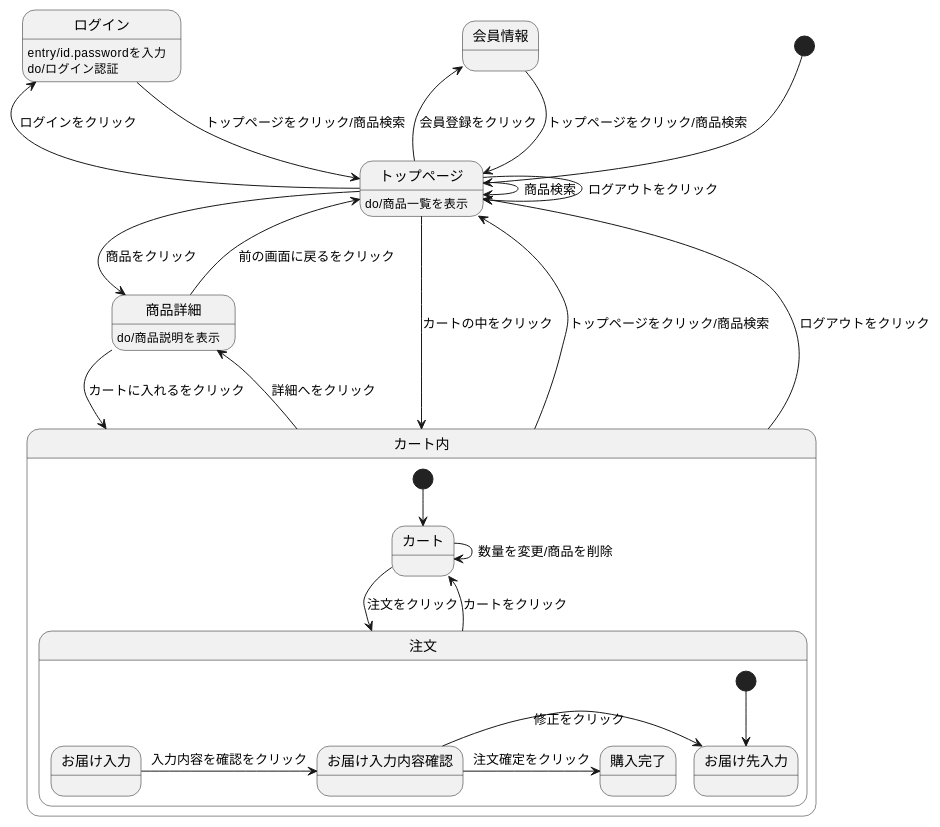
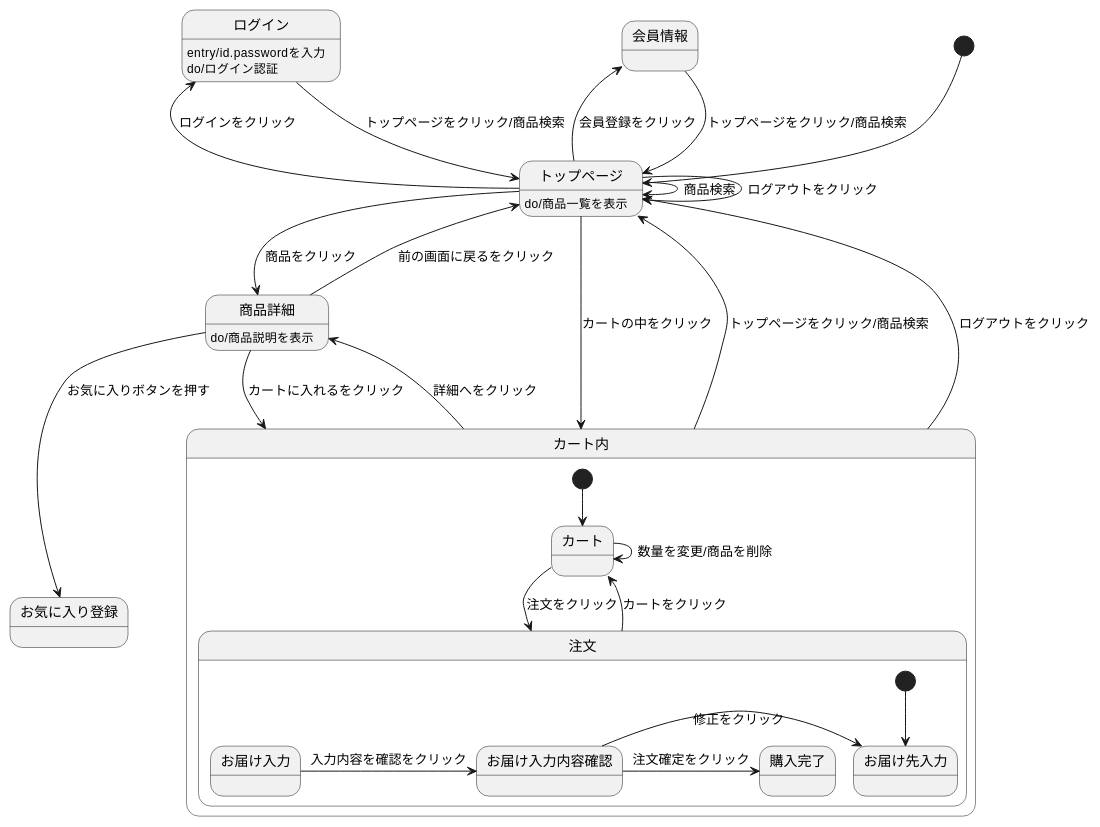
The diagram in 03_画面遷移図/画面遷移図01.md (Aso2001007/System4), drawn with PlantUML before and after one commit.

````diff
--- a/03_画面遷移図/画面遷移図01.md
+++ b/03_画面遷移図/画面遷移図01.md
@@ -1,37 +1,39 @@
 ```uml
 
 @startuml
 [*] --> トップページ
 会員情報 --> トップページ : トップページをクリック/商品検索
 ログイン --> トップページ : トップページをクリック/商品検索
 ログイン : entry/id.passwordを入力
 ログイン : do/ログイン認証
 トップページ --> トップページ : ログアウトをクリック
 トップページ -> トップページ : 商品検索
 トップページ -> 商品詳細 : 商品をクリック
 トップページ -left-> 会員情報 : 会員登録をクリック
 トップページ -left-> ログイン : ログインをクリック
 トップページ --> カート内 : カートの中をクリック
 トップページ : do/商品一覧を表示
 商品詳細 --> カート内 : カートに入れるをクリック
 商品詳細 --> トップページ : 前の画面に戻るをクリック
 商品詳細 : do/商品説明を表示
+商品詳細 --> お気に入り登録 : お気に入りボタンを押す
 カート内 -up-> トップページ : トップページをクリック/商品検索
 カート内 -up-> トップページ : ログアウトをクリック
 カート内 -> 商品詳細 : 詳細へをクリック
+
 
 state カート内{
 [*] --> カート
 カート -> 注文 : 注文をクリック
 カート -> カート : 数量を変更/商品を削除
 注文 --> カート : カートをクリック
 state 注文{
 [*] --> お届け先入力
 お届け入力 -> お届け入力内容確認 : 入力内容を確認をクリック
 お届け入力内容確認 -> お届け先入力 : 修正をクリック
 お届け入力内容確認 -> 購入完了 : 注文確定をクリック
 }
 }
 @enduml
 
 ```
````
